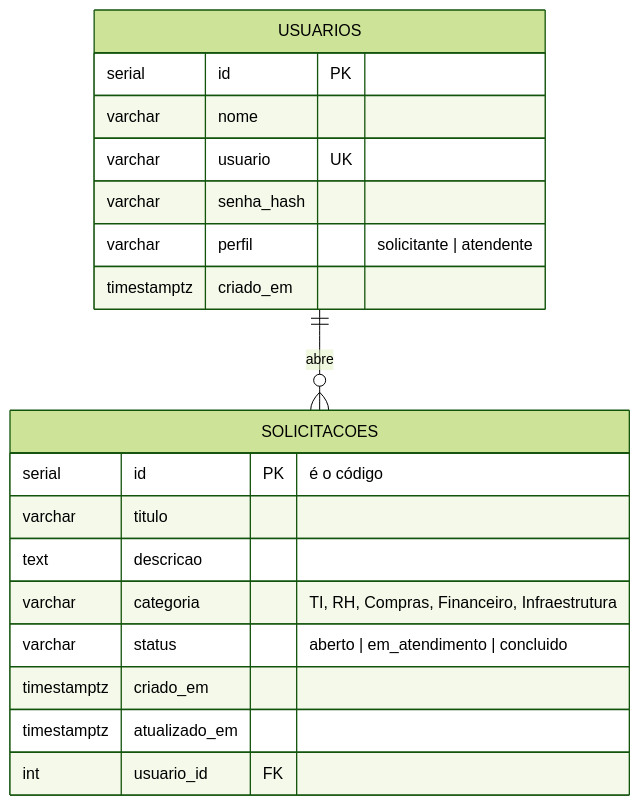
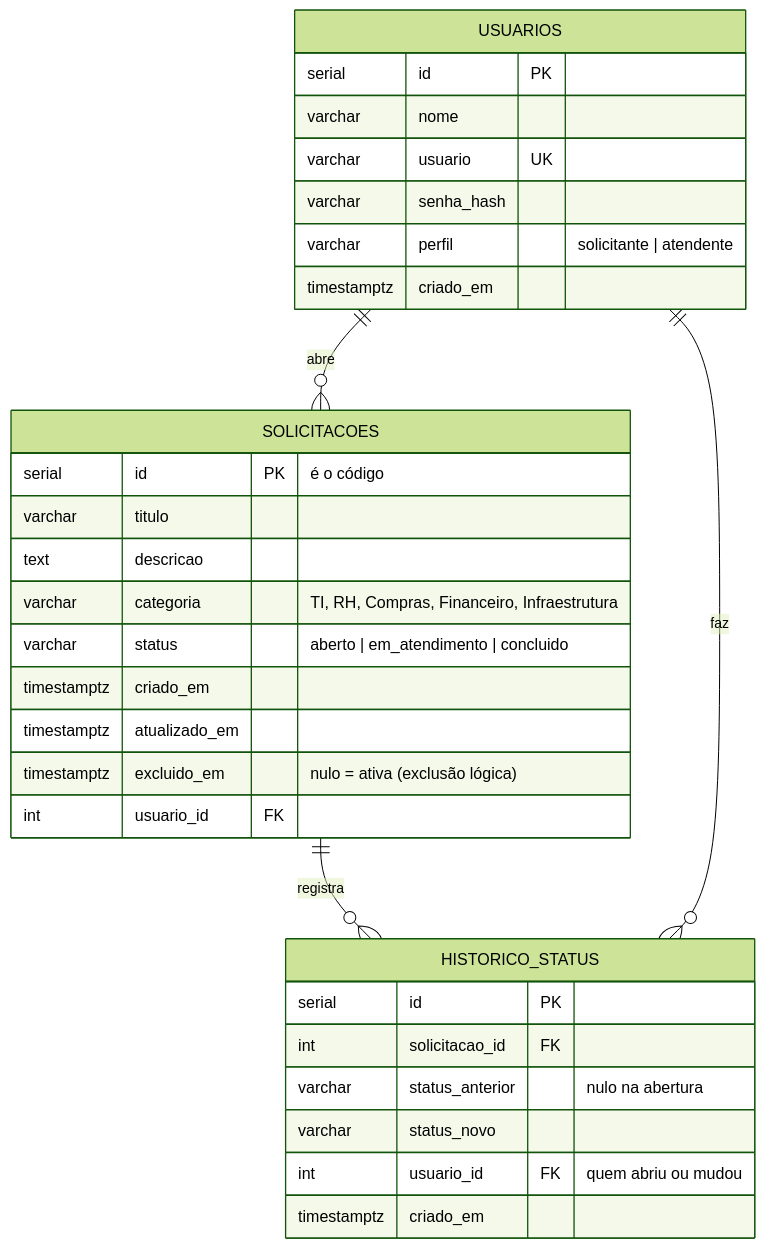
The second of 2 diagrams in docs/memorial-tecnico.md (hiagoka/portal-solicitacoes-internas), drawn with Mermaid (forest theme) before and after one commit. The commit also changed other lines of this file and 1 other file, not shown here.

Commit message:
docs: memorial atualizado (exclusao logica, historico, URL, numeros) e versao em PDF

````diff
--- a/docs/memorial-tecnico.md
+++ b/docs/memorial-tecnico.md
@@ -294,22 +294,33 @@
 ```mermaid
 erDiagram
     USUARIOS ||--o{ SOLICITACOES : "abre"
+    SOLICITACOES ||--o{ HISTORICO_STATUS : "registra"
+    USUARIOS ||--o{ HISTORICO_STATUS : "faz"
     USUARIOS {
         serial id PK
         varchar nome
         varchar usuario UK
         varchar senha_hash
         varchar perfil "solicitante | atendente"
         timestamptz criado_em
     }
     SOLICITACOES {
         serial id PK "é o código"
         varchar titulo
         text descricao
         varchar categoria "TI, RH, Compras, Financeiro, Infraestrutura"
         varchar status "aberto | em_atendimento | concluido"
         timestamptz criado_em
         timestamptz atualizado_em
+        timestamptz excluido_em "nulo = ativa (exclusão lógica)"
         int usuario_id FK
     }
+    HISTORICO_STATUS {
+        serial id PK
+        int solicitacao_id FK
+        varchar status_anterior "nulo na abertura"
+        varchar status_novo
+        int usuario_id FK "quem abriu ou mudou"
+        timestamptz criado_em
+    }
 ```
````
